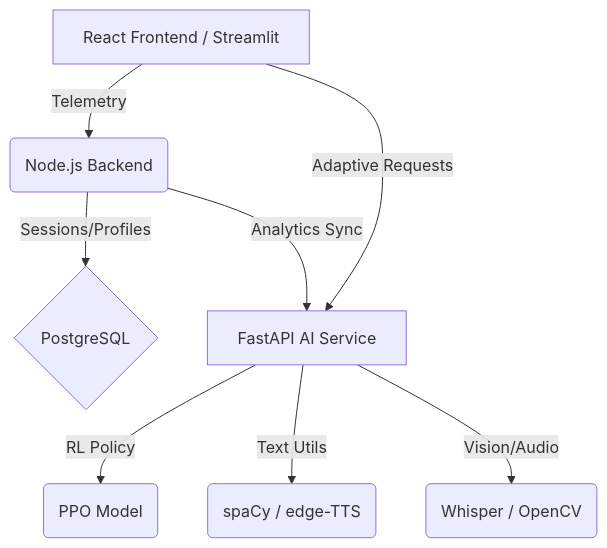
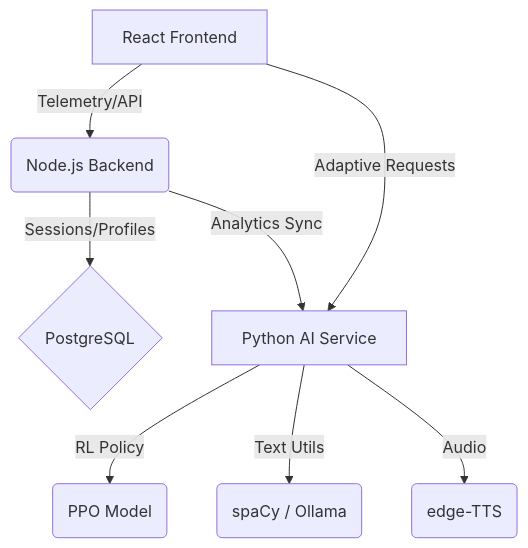
One commit to shemankubana/IncludEd-2.0 changed the diagram in README.md. Above: the diagram before and after it, drawn with Mermaid. The commit also changed other lines of this file, not shown here.

````diff
--- a/README.md
+++ b/README.md
@@ -11,10 +11,10 @@
 ```mermaid
 graph TD
-    A[React Frontend / Streamlit] -- Telemetry --> B(Node.js Backend)
+    A[React Frontend] -- Telemetry/API --> B(Node.js Backend)
     B -- Sessions/Profiles --> C{PostgreSQL}
-    A -- Adaptive Requests --> D[FastAPI AI Service]
+    A -- Adaptive Requests --> D[Python AI Service]
     D -- RL Policy --> E(PPO Model)
-    D -- Text Utils --> F(spaCy / edge-TTS)
-    D -- Vision/Audio --> G(Whisper / OpenCV)
+    D -- Text Utils --> F(spaCy / Ollama)
+    D -- Audio --> G(edge-TTS)
     B -- Analytics Sync --> D
 ```
````
